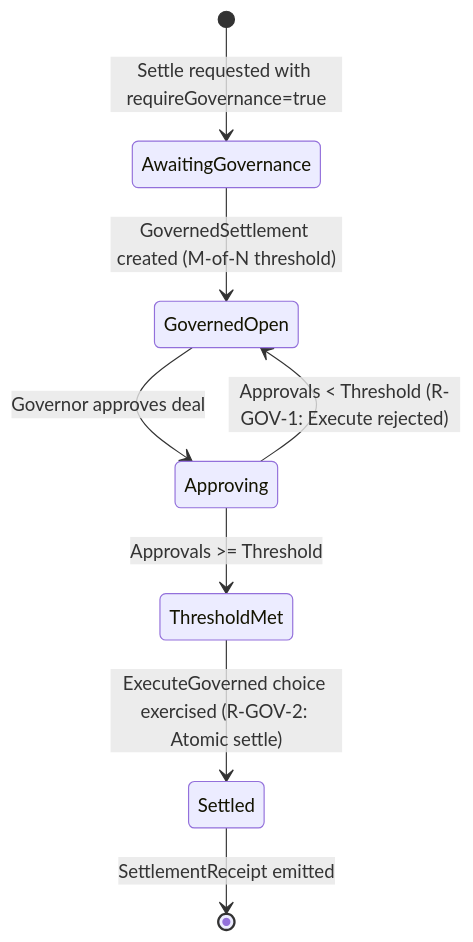
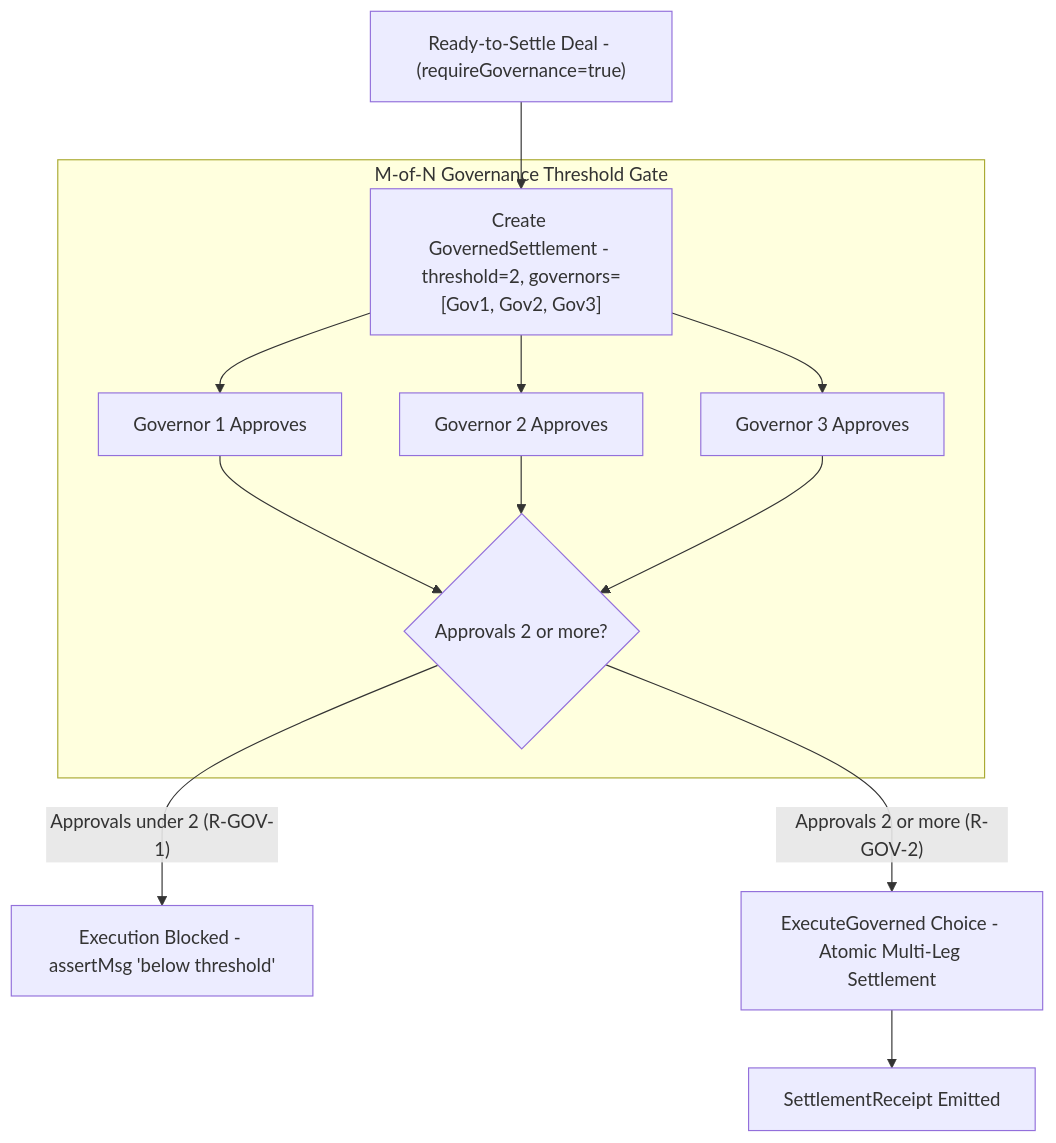
Before and after one commit to BikkoFarms/Composition-Protocol: the seventh of 10 diagrams in docs/ARCHITECTURE.md, drawn with Mermaid. The commit also changed other lines of this file and 2 other files, not shown here.

Commit message:
fix(demo,navbar,docs): retain active/settled trades across refresh, update navbar ledger label, and expand architectural specification

````diff
--- a/docs/ARCHITECTURE.md
+++ b/docs/ARCHITECTURE.md
@@ -183,10 +312,18 @@
 ```mermaid
-stateDiagram-v2
-    [*] --> AwaitingGovernance: Settle requested with requireGovernance=true
-    AwaitingGovernance --> GovernedOpen: GovernedSettlement created (M-of-N threshold)
-    GovernedOpen --> Approving: Governor approves deal
-    Approving --> GovernedOpen: Approvals < Threshold (R-GOV-1: Execute rejected)
-    Approving --> ThresholdMet: Approvals >= Threshold
-    ThresholdMet --> Settled: ExecuteGoverned choice exercised (R-GOV-2: Atomic settle)
-    Settled --> [*]: SettlementReceipt emitted
+graph TD
+    PROP["Ready-to-Settle Deal - (requireGovernance=true)"] --> GOV_CREATE["Create GovernedSettlement - threshold=2, governors=[Gov1, Gov2, Gov3]"]
+    
+    subgraph MultiSig["M-of-N Governance Threshold Gate"]
+        GOV_CREATE --> S1["Governor 1 Approves"]
+        GOV_CREATE --> S2["Governor 2 Approves"]
+        GOV_CREATE --> S3["Governor 3 Approves"]
+        
+        S1 --> COUNT{"Approvals 2 or more?"}
+        S2 --> COUNT
+        S3 --> COUNT
+    end
+
+    COUNT -- "Approvals under 2 (R-GOV-1)" --> BLOCKED["Execution Blocked - assertMsg 'below threshold'"]
+    COUNT -- "Approvals 2 or more (R-GOV-2)" --> EXEC["ExecuteGoverned Choice - Atomic Multi-Leg Settlement"]
+    EXEC --> FINAL["SettlementReceipt Emitted"]
 ```
````
